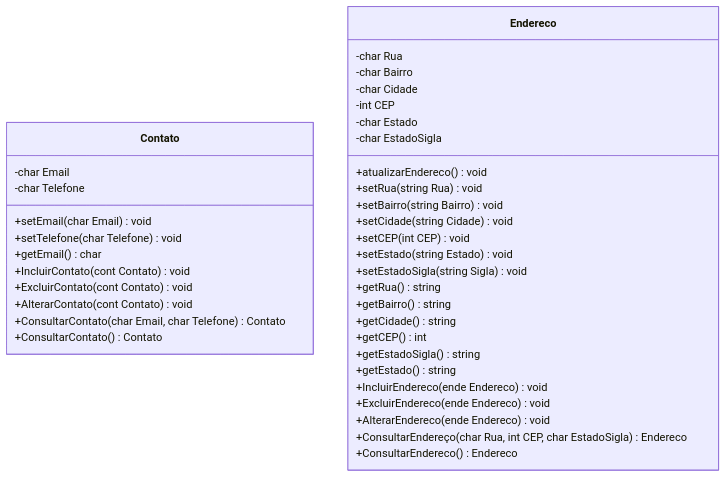
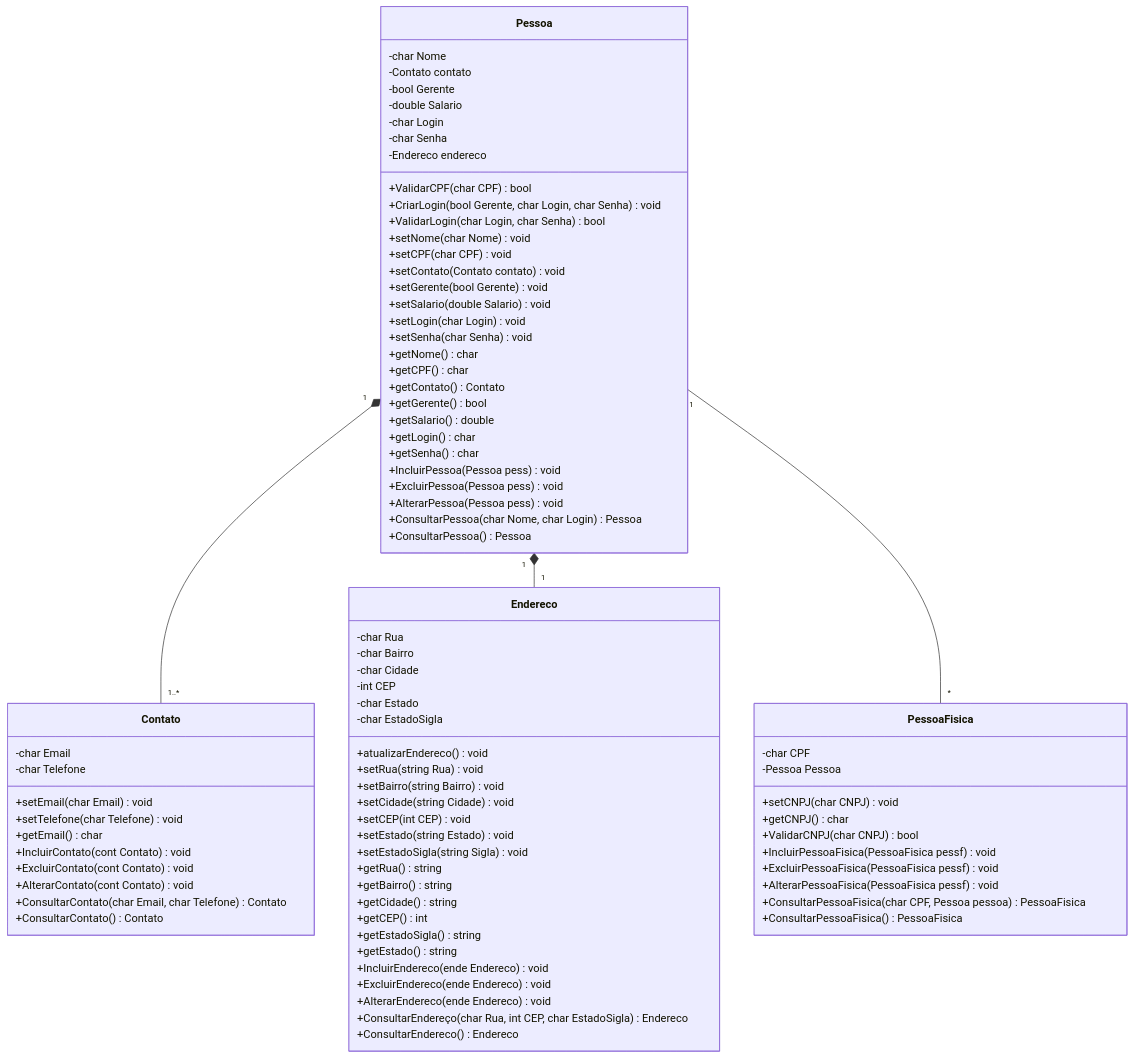
One commit to leonardobezrr/projetoEngSoftware changed the first of 2 diagrams in doc-modelos.md. Above: the diagram before and after it, drawn with Mermaid. The commit also changed other lines of this file, not shown here.

Commit message:
feat: adição class Pessoa, PessoaFisica

````diff
--- a/doc-modelos.md
+++ b/doc-modelos.md
@@ -11,5 +11,8 @@
 ```mermaid
 classDiagram
+    Pessoa "1" *-- "1..*" Contato
+    Pessoa "1" *-- "1" Endereco
+    Pessoa "1" -- "*" PessoaFisica
     class Contato {
         -char Email
         -char Telefone
@@ -48,4 +51,47 @@
         +ConsultarEndereço(char Rua, int CEP, char EstadoSigla) Endereco
         +ConsultarEndereco() Endereco        
     }
+    class Pessoa {
+        -char Nome
+        -Contato contato
+        -bool Gerente
+        -double Salario
+        -char Login
+        -char Senha
+        -Endereco endereco
+        +ValidarCPF(char CPF) bool
+        +CriarLogin(bool Gerente, char Login, char Senha) void
+        +ValidarLogin(char Login, char Senha) bool 
+        +setNome(char Nome) void
+        +setCPF(char CPF) void
+        +setContato(Contato contato) void
+        +setGerente(bool Gerente) void
+        +setSalario(double Salario) void
+        +setLogin(char Login) void
+        +setSenha(char Senha) void
+        +getNome() char
+        +getCPF() char
+        +getContato() Contato
+        +getGerente() bool
+        +getSalario() double
+        +getLogin() char
+        +getSenha() char
+        +IncluirPessoa(Pessoa pess) void
+        +ExcluirPessoa(Pessoa pess) void
+        +AlterarPessoa(Pessoa pess) void
+        +ConsultarPessoa(char Nome, char Login) Pessoa
+        +ConsultarPessoa() Pessoa
+    }
+    class PessoaFisica {
+        -char CPF
+        -Pessoa Pessoa
+        +setCNPJ(char CNPJ) void
+        +getCNPJ() char
+        +ValidarCNPJ(char CNPJ) bool
+        +IncluirPessoaFisica(PessoaFisica pessf) void
+        +ExcluirPessoaFisica(PessoaFisica pessf) void
+        +AlterarPessoaFisica(PessoaFisica pessf) void
+        +ConsultarPessoaFisica(char CPF, Pessoa pessoa) PessoaFisica
+        +ConsultarPessoaFisica() PessoaFisica
+    }
 ```
````
